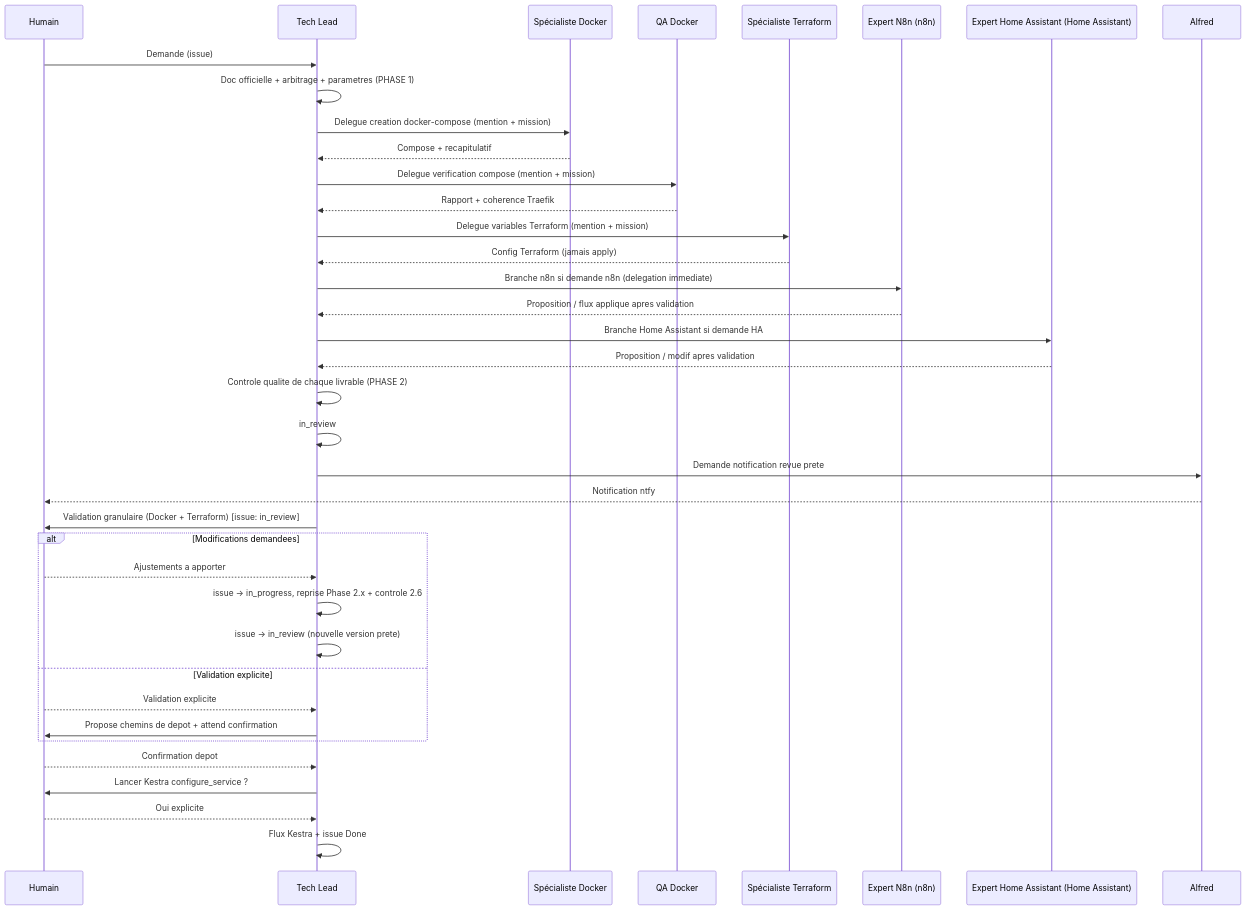
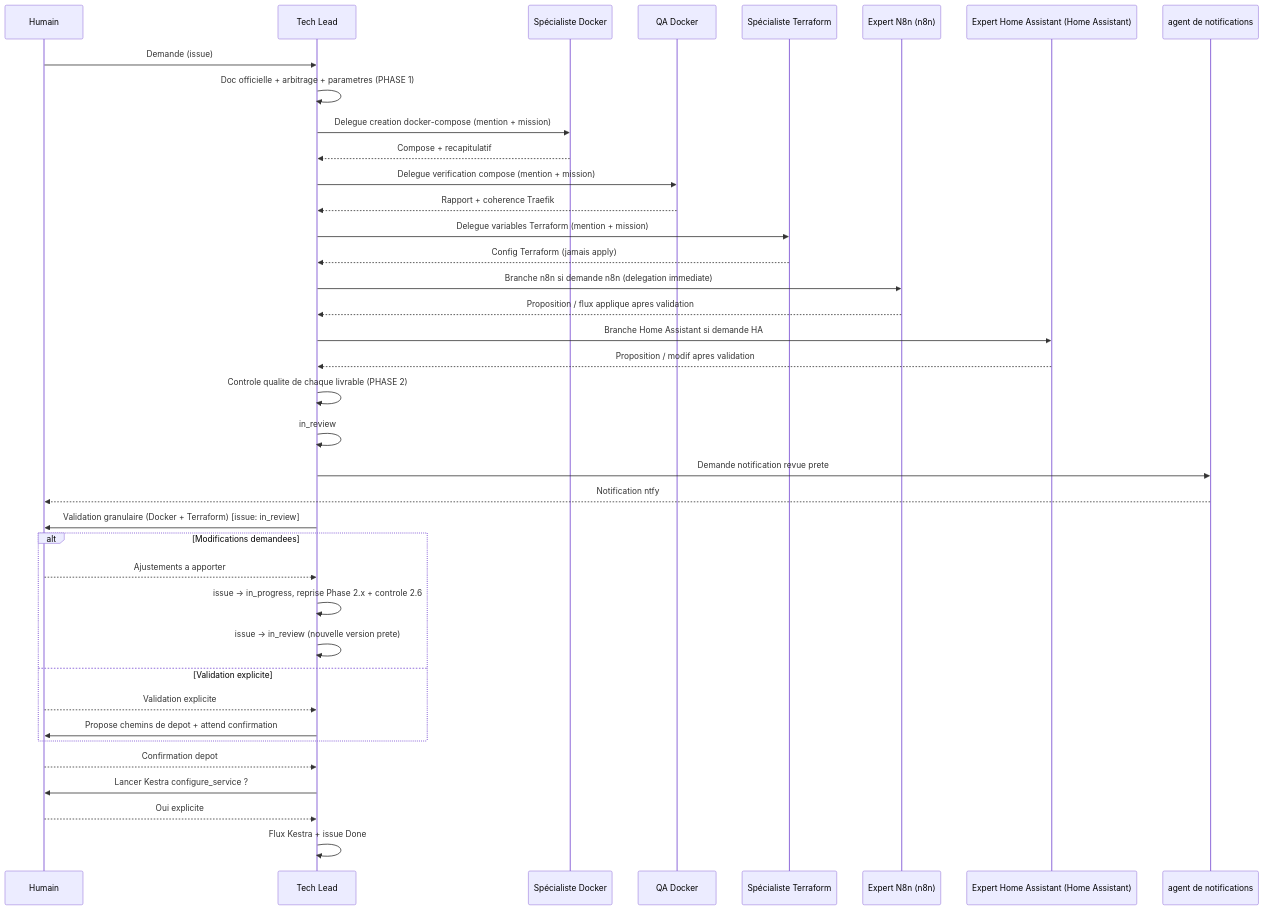
The second of 2 diagrams in docs/homelab-workflow.md (Gsyltc/homelab-portfolio), drawn with Mermaid before and after one commit. The commit also changed other lines of this file, not shown here.

First line of the commit message:
docs(workflow): rename Alfred→agent de notifications, Tech Lead Homelab→Teach Lead

````diff
--- a/docs/homelab-workflow.md
+++ b/docs/homelab-workflow.md
@@ -236,40 +236,40 @@
 ```mermaid
 sequenceDiagram
     participant H as Humain
     participant S as Tech Lead
     participant B as Spécialiste Docker
     participant K as QA Docker
     participant An as Spécialiste Terraform
     participant M as Expert N8n (n8n)
     participant Hu as Expert Home Assistant (Home Assistant)
-    participant AL as Alfred
+    participant AL as agent de notifications
     H->>S: Demande (issue)
     S->>S: Doc officielle + arbitrage + parametres (PHASE 1)
     S->>B: Delegue creation docker-compose (mention + mission)
     B-->>S: Compose + recapitulatif
     S->>K: Delegue verification compose (mention + mission)
     K-->>S: Rapport + coherence Traefik
     S->>An: Delegue variables Terraform (mention + mission)
     An-->>S: Config Terraform (jamais apply)
     S->>M: Branche n8n si demande n8n (delegation immediate)
     M-->>S: Proposition / flux applique apres validation
     S->>Hu: Branche Home Assistant si demande HA
     Hu-->>S: Proposition / modif apres validation
     S->>S: Controle qualite de chaque livrable (PHASE 2)
     S->>S: in_review
     S->>AL: Demande notification revue prete
     AL-->>H: Notification ntfy
     S->>H: Validation granulaire (Docker + Terraform) [issue: in_review]
     alt Modifications demandees
         H-->>S: Ajustements a apporter
         S->>S: issue -> in_progress, reprise Phase 2.x + controle 2.6
         S->>S: issue -> in_review (nouvelle version prete)
     else Validation explicite
         H-->>S: Validation explicite
         S->>H: Propose chemins de depot + attend confirmation
     end
     H-->>S: Confirmation depot
     S->>H: Lancer Kestra configure_service ?
     H-->>S: Oui explicite
     S->>S: Flux Kestra + issue Done
 ```
````
